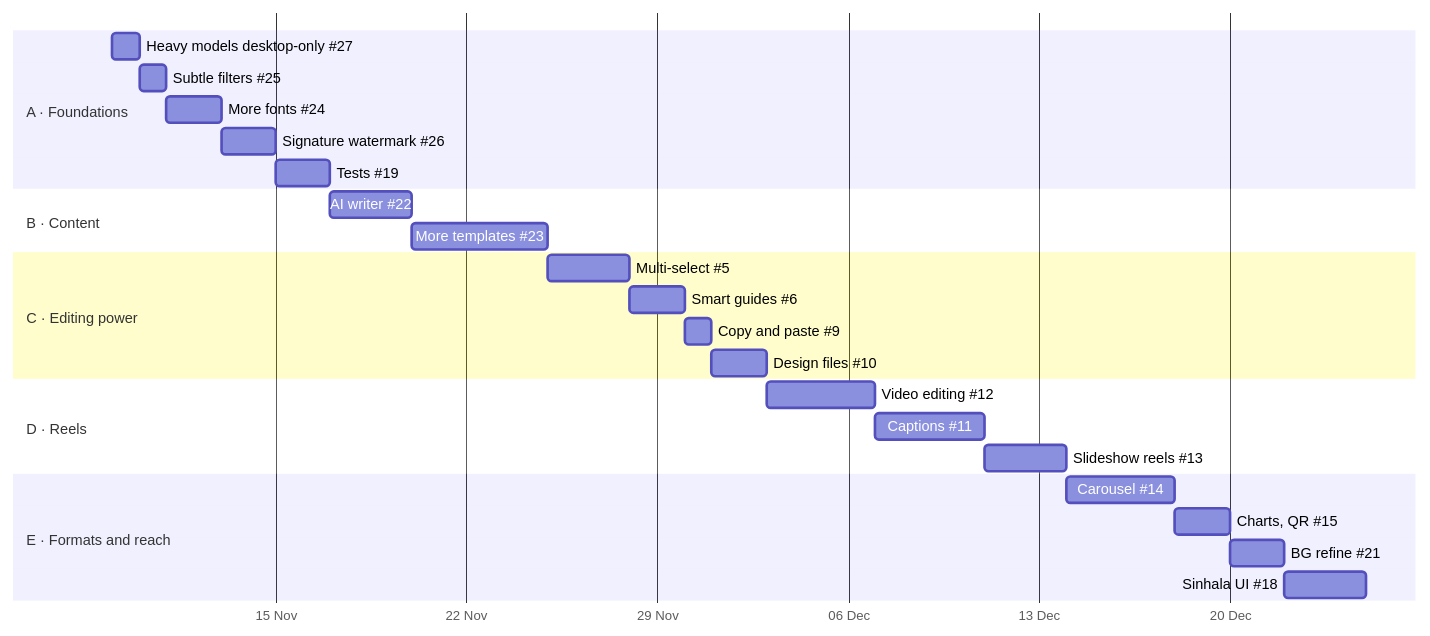
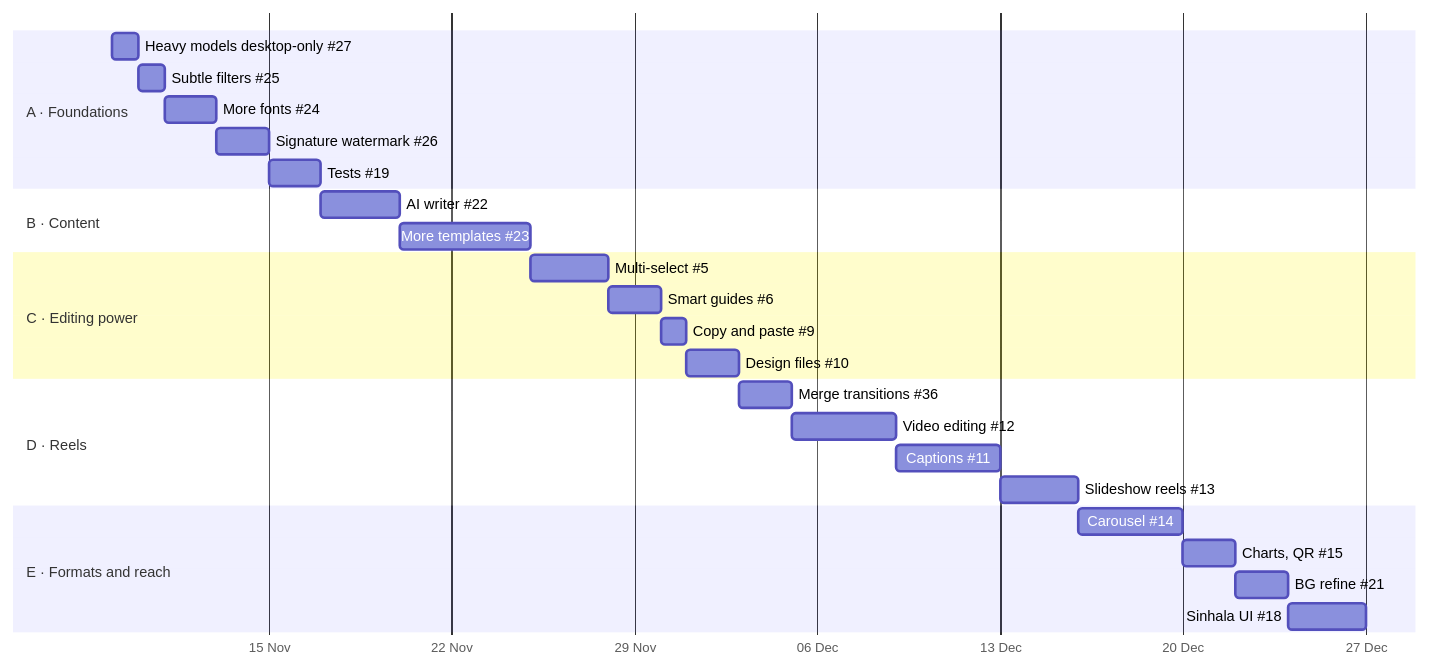
The diagram in docs/ROADMAP.md (harindujayakody/bubble-studio), drawn with Mermaid before and after one commit. The commit also changed other lines of this file and 1 other file, not shown here.

First line of the commit message:
Generate route types before type-checking in CI; plan merge transitions

````diff
--- a/docs/ROADMAP.md
+++ b/docs/ROADMAP.md
@@ -34,28 +34,29 @@
 ```mermaid
 gantt
   dateFormat  YYYY-MM-DD
   axisFormat  %d %b
   section A · Foundations
   Heavy models desktop-only #27     :a1, 2026-11-09, 1d
   Subtle filters #25                :a2, after a1, 1d
   More fonts #24                    :a3, after a2, 2d
   Signature watermark #26           :a4, after a3, 2d
   Tests #19                         :a5, after a4, 2d
   section B · Content
   AI writer #22                     :b1, after a5, 3d
   More templates #23                :b2, after b1, 5d
   section C · Editing power
   Multi-select #5                   :c1, after b2, 3d
   Smart guides #6                   :c2, after c1, 2d
   Copy and paste #9                 :c3, after c2, 1d
   Design files #10                  :c4, after c3, 2d
   section D · Reels
-  Video editing #12                 :d1, after c4, 4d
-  Captions #11                      :d2, after d1, 4d
-  Slideshow reels #13               :d3, after d2, 3d
+  Merge transitions #36             :d1, after c4, 2d
+  Video editing #12                 :d2, after d1, 4d
+  Captions #11                      :d3, after d2, 4d
+  Slideshow reels #13               :d4, after d3, 3d
   section E · Formats and reach
-  Carousel #14                      :e1, after d3, 4d
+  Carousel #14                      :e1, after d4, 4d
   Charts, QR #15                    :e2, after e1, 2d
   BG refine #21                     :e3, after e2, 2d
   Sinhala UI #18                    :e4, after e3, 3d
 ```
````
